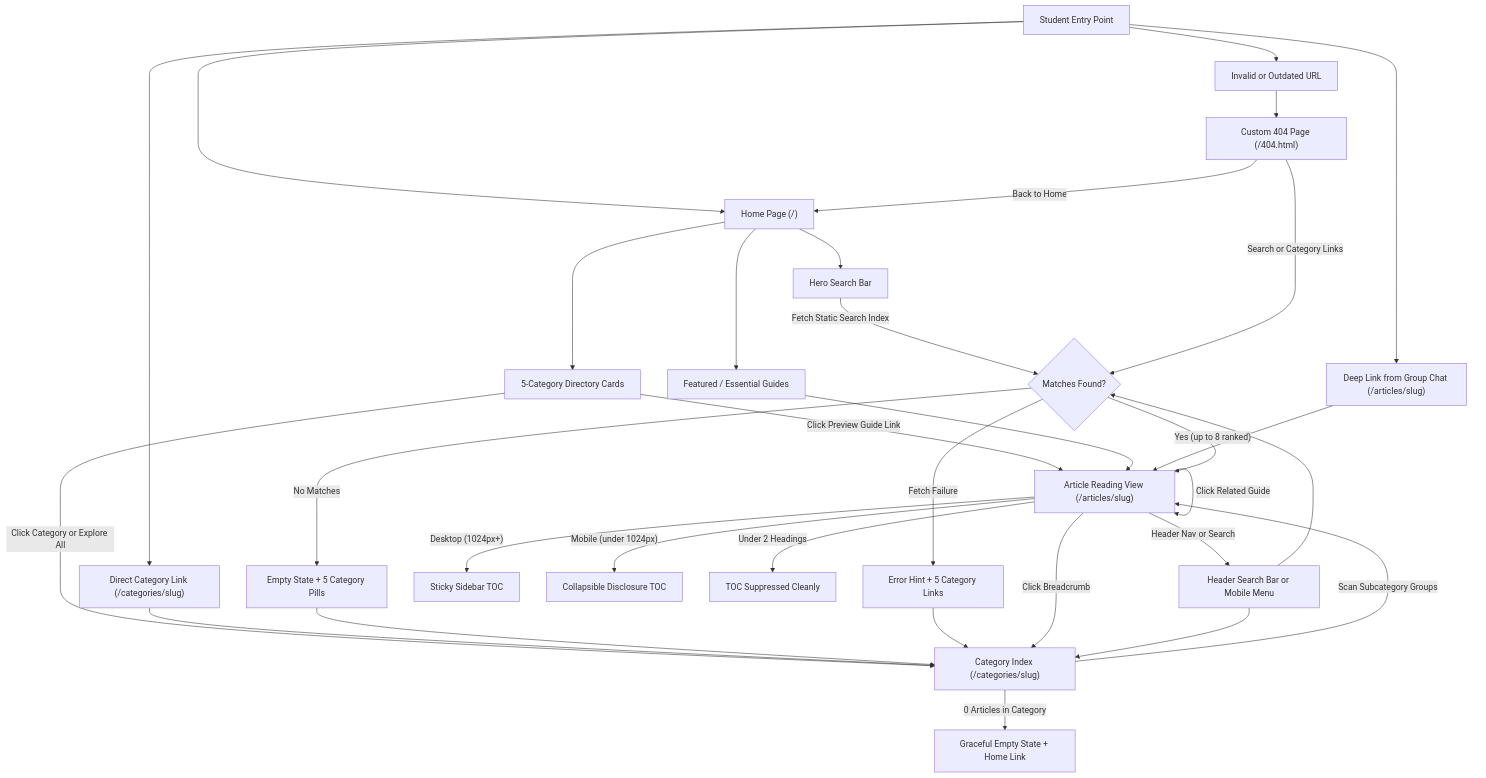
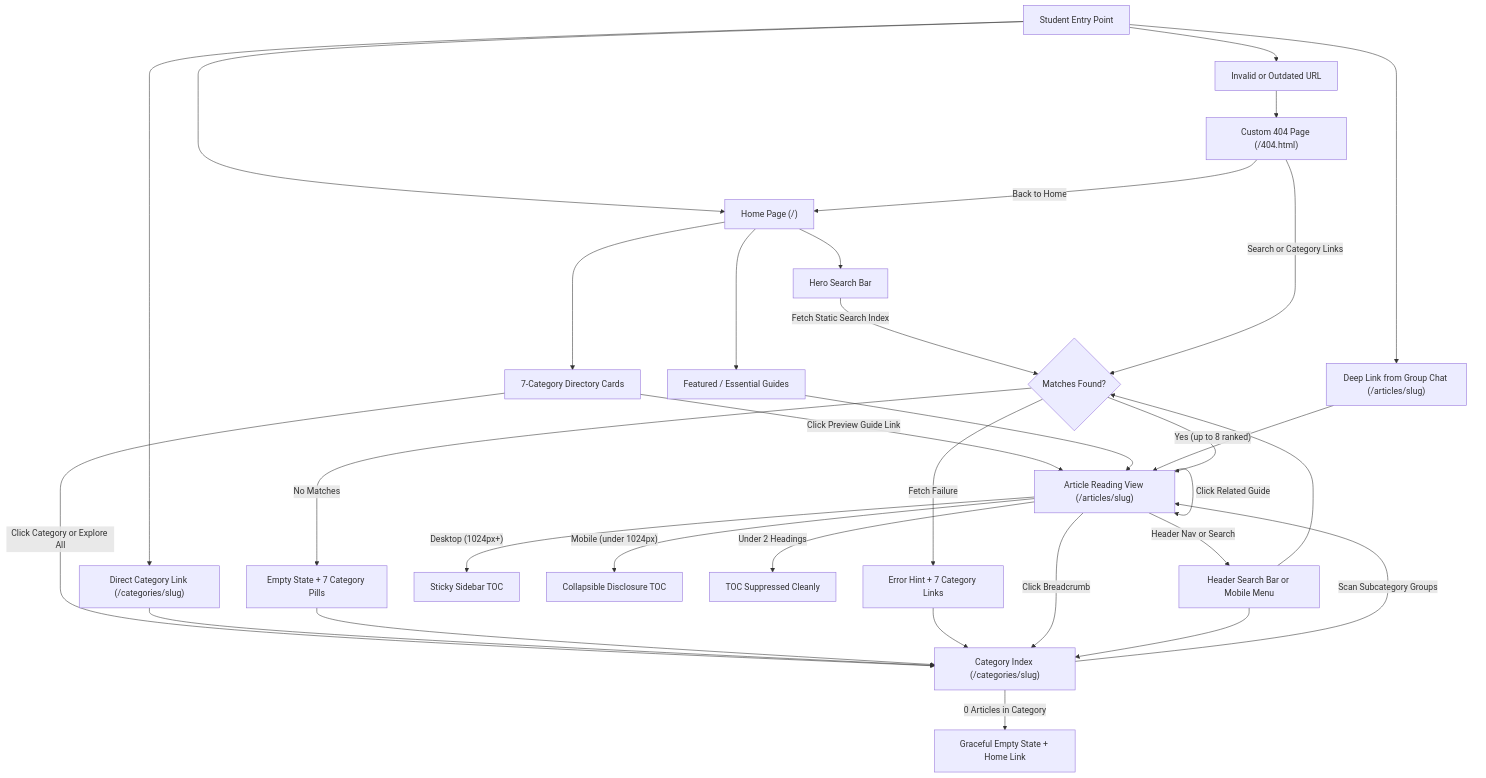
The first of 2 diagrams in USER_FLOWS.md (bulsutools/geary), drawn with Mermaid before and after one commit. The commit also changed other lines of this file and 54 other files, not shown here.

````diff
--- a/USER_FLOWS.md
+++ b/USER_FLOWS.md
@@ -40,40 +40,40 @@
 ```mermaid
 flowchart TD
     ENTRY["Student Entry Point"] --> HOME["Home Page (/)"]
     ENTRY --> CAT_IN["Direct Category Link (/categories/slug)"]
     ENTRY --> ART_IN["Deep Link from Group Chat (/articles/slug)"]
     ENTRY --> BAD_URL["Invalid or Outdated URL"]
 
     HOME --> HERO_SRCH["Hero Search Bar"]
     HOME --> FEAT["Featured / Essential Guides"]
-    HOME --> DIR["5-Category Directory Cards"]
+    HOME --> DIR["7-Category Directory Cards"]
 
     DIR -->|"Click Category or Explore All"| CAT_PAGE["Category Index (/categories/slug)"]
     DIR -->|"Click Preview Guide Link"| ART_PAGE["Article Reading View (/articles/slug)"]
     CAT_IN --> CAT_PAGE
     FEAT --> ART_PAGE
     ART_IN --> ART_PAGE
 
     CAT_PAGE -->|"Scan Subcategory Groups"| ART_PAGE
     CAT_PAGE -->|"0 Articles in Category"| CAT_EMPTY["Graceful Empty State + Home Link"]
 
     HERO_SRCH -->|"Fetch Static Search Index"| MATCH{"Matches Found?"}
     MATCH -->|"Yes (up to 8 ranked)"| ART_PAGE
-    MATCH -->|"No Matches"| NO_MATCH["Empty State + 5 Category Pills"]
-    MATCH -->|"Fetch Failure"| FETCH_ERR["Error Hint + 5 Category Links"]
+    MATCH -->|"No Matches"| NO_MATCH["Empty State + 7 Category Pills"]
+    MATCH -->|"Fetch Failure"| FETCH_ERR["Error Hint + 7 Category Links"]
     NO_MATCH --> CAT_PAGE
     FETCH_ERR --> CAT_PAGE
 
     ART_PAGE -->|"Desktop (1024px+)"| TOC_D["Sticky Sidebar TOC"]
     ART_PAGE -->|"Mobile (under 1024px)"| TOC_M["Collapsible Disclosure TOC"]
     ART_PAGE -->|"Under 2 Headings"| NO_TOC["TOC Suppressed Cleanly"]
     ART_PAGE -->|"Click Breadcrumb"| CAT_PAGE
     ART_PAGE -->|"Click Related Guide"| ART_PAGE
     ART_PAGE -->|"Header Nav or Search"| HDR_SRCH["Header Search Bar or Mobile Menu"]
     HDR_SRCH --> MATCH
     HDR_SRCH --> CAT_PAGE
 
     BAD_URL --> P404["Custom 404 Page (/404.html)"]
     P404 -->|"Search or Category Links"| MATCH
     P404 -->|"Back to Home"| HOME
 ```
````
